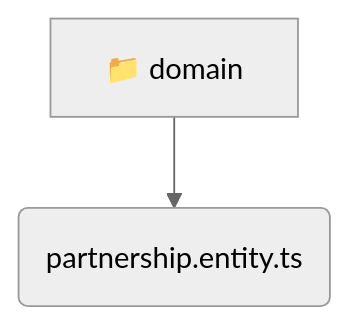
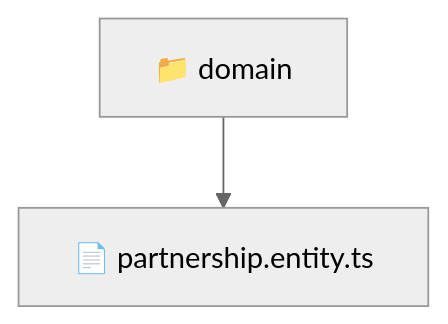
Before and after one commit to beginwebdev2002/fullstack-mavluda: the diagram in backend/src/modules/partnership/domain/README.md, drawn with Mermaid (neutral theme). The commit also changed other lines of this file and 163 other files, not shown here.

````diff
--- a/backend/src/modules/partnership/domain/README.md
+++ b/backend/src/modules/partnership/domain/README.md
@@ -9,5 +10,5 @@
 ```mermaid
 graph TD
-  domain[📁 domain]
-  domain --> domain_partnership_entity_ts(partnership.entity.ts)
+  Root["📁 domain"]
+  Root --> partnershipentityts["📄 partnership.entity.ts"]
 ```
````
